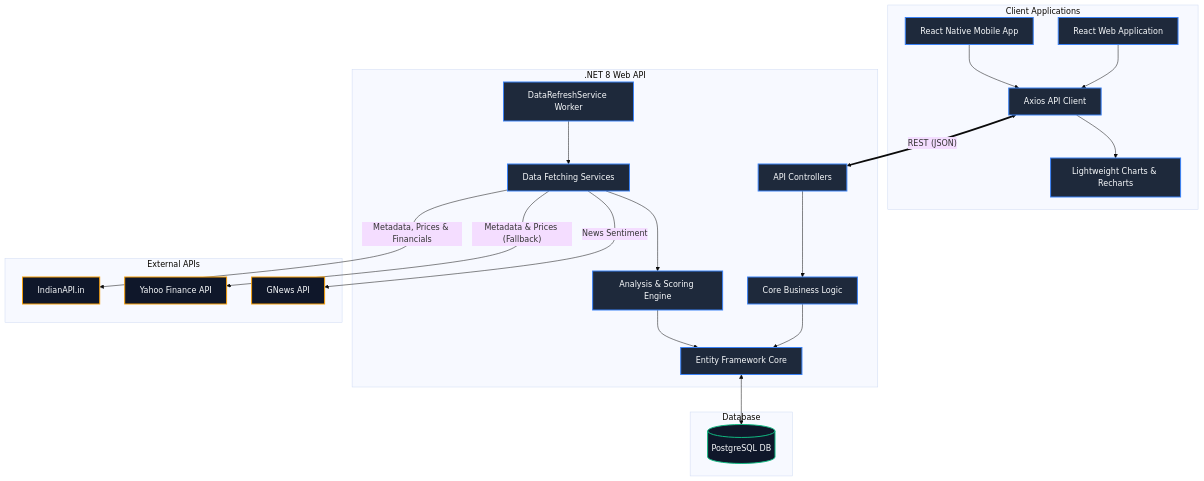
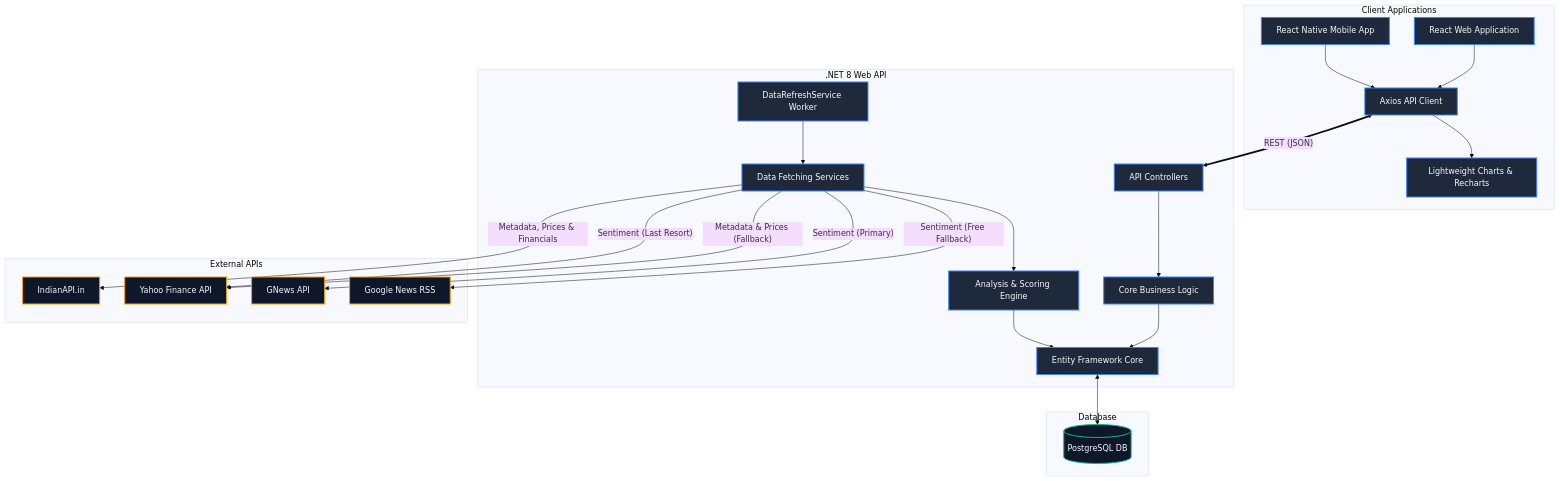
One commit to kausaur/stockfinder changed the diagram in docs/architecture.md. Above: the diagram before and after it, drawn with Mermaid (base theme). The commit also changed other lines of this file and 5 other files, not shown here.

````diff
--- a/docs/architecture.md
+++ b/docs/architecture.md
@@ -7,36 +7,38 @@
 ```mermaid
 graph TD
     subgraph Frontend [Client Applications]
         UI[React Web Application] --> API_Client[Axios API Client]
         API_Client --> Charts[Lightweight Charts & Recharts]
         Mobile[React Native Mobile App] --> API_Client
     end
 
     subgraph Backend [.NET 8 Web API]
         Controllers[API Controllers] --> Core_Services[Core Business Logic]
         Core_Services --> EF_Core[Entity Framework Core]
         
         BackgroundWorker[DataRefreshService Worker] --> Data_Services[Data Fetching Services]
         Data_Services --> Analysis_Engine[Analysis & Scoring Engine]
         Analysis_Engine --> EF_Core
     end
 
     subgraph External APIs
         Data_Services -- "Metadata, Prices & Financials" --> IndianAPI[IndianAPI.in]
         Data_Services -- "Metadata & Prices (Fallback)" --> YahooFinance[Yahoo Finance API]
-        Data_Services -- "News Sentiment" --> GNews[GNews API]
+        Data_Services -- "Sentiment (Primary)" --> GNews[GNews API]
+        Data_Services -- "Sentiment (Free Fallback)" --> GoogleNewsRSS[Google News RSS]
+        Data_Services -- "Sentiment (Last Resort)" --> YahooFinance
     end
 
     subgraph Database
         EF_Core <--> PostgreSQL[(PostgreSQL DB)]
     end
 
     API_Client <== "REST (JSON)" ==> Controllers
     
     classDef default fill:#1e293b,stroke:#3b82f6,stroke-width:2px,color:#f8fafc;
     classDef external fill:#0f172a,stroke:#f59e0b,stroke-width:2px,color:#f8fafc;
     classDef database fill:#0f172a,stroke:#10b981,stroke-width:2px,color:#f8fafc;
     
-    class IndianAPI,YahooFinance,GNews external;
+    class IndianAPI,YahooFinance,GNews,GoogleNewsRSS external;
     class PostgreSQL database;
 ```
````
